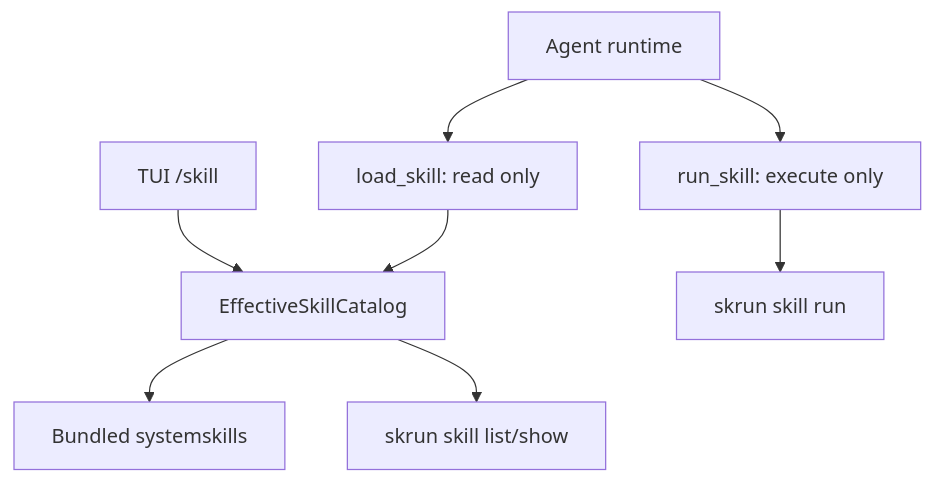
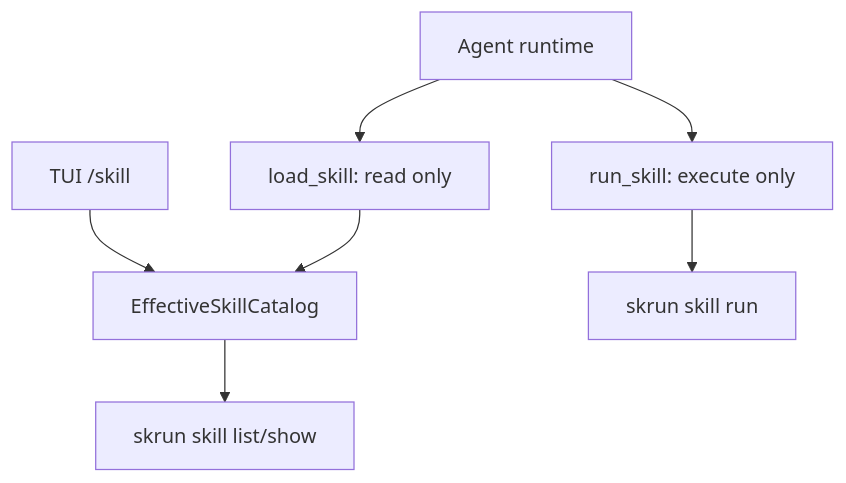
One commit to lhwzds/restflow changed the second of 3 diagrams in CURRENT_BRANCH_AGENT_FRAMEWORK_RESEARCH.md. Above: the diagram before and after it, drawn with Mermaid. The commit also changed other lines of this file and 55 other files, not shown here.

Commit message:
refactor(skills): remove storage-backed catalog

````diff
--- a/CURRENT_BRANCH_AGENT_FRAMEWORK_RESEARCH.md
+++ b/CURRENT_BRANCH_AGENT_FRAMEWORK_RESEARCH.md
@@ -77,10 +77,9 @@
 ```mermaid
 flowchart TD
     TUI["TUI /skill"] --> SkillCatalog["EffectiveSkillCatalog"]
     Agent["Agent runtime"] --> LoadSkill["load_skill: read only"]
     Agent --> RunSkill["run_skill: execute only"]
     LoadSkill --> SkillCatalog
-    SkillCatalog --> SystemSkills["Bundled systemskills"]
     SkillCatalog --> SkrunList["skrun skill list/show"]
     RunSkill --> SkrunRun["skrun skill run"]
 ```
````
